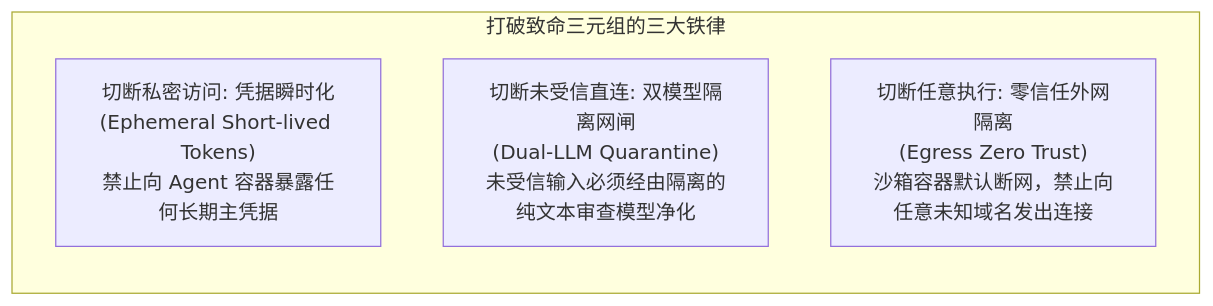
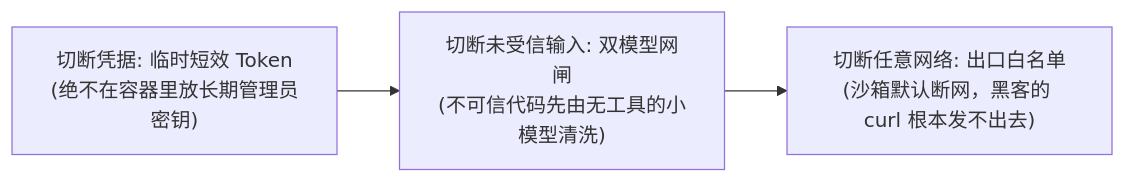
The second of 2 diagrams in app/ch05-coding/05-lethal-triad-and-security/page.mdx (ljh12138164/ai-agent-study), drawn with Mermaid before and after one commit. The commit also changed other lines of this file and 43 other files, not shown here.

````diff
--- a/app/ch05-coding/05-lethal-triad-and-security/page.mdx
+++ b/app/ch05-coding/05-lethal-triad-and-security/page.mdx
@@ -64,10 +40,6 @@
 ```mermaid
-graph LR
-    subgraph Countermeasures["打破致命三元组的三大铁律"]
-        C1["切断私密访问: 凭据瞬时化<br/>(Ephemeral Short-lived Tokens)<br/>禁止向 Agent 容器暴露任何长期主凭据"]
-        
-        C2["切断未受信直连: 双模型隔离网闸<br/>(Dual-LLM Quarantine)<br/>未受信输入必须经由隔离的纯文本审查模型净化"]
-        
-        C3["切断任意执行: 零信任外网隔离<br/>(Egress Zero Trust)<br/>沙箱容器默认断网，禁止向任意未知域名发出连接"]
-    end
+flowchart LR
+    C1["切断凭据: 临时短效 Token<br/>(绝不在容器里放长期管理员密钥)"]
+    --> C2["切断未受信输入: 双模型网闸<br/>(不可信代码先由无工具的小模型清洗)"]
+    --> C3["切断任意网络: 出口白名单<br/>(沙箱默认断网，黑客的 curl 根本发不出去)"]
 ```
````
